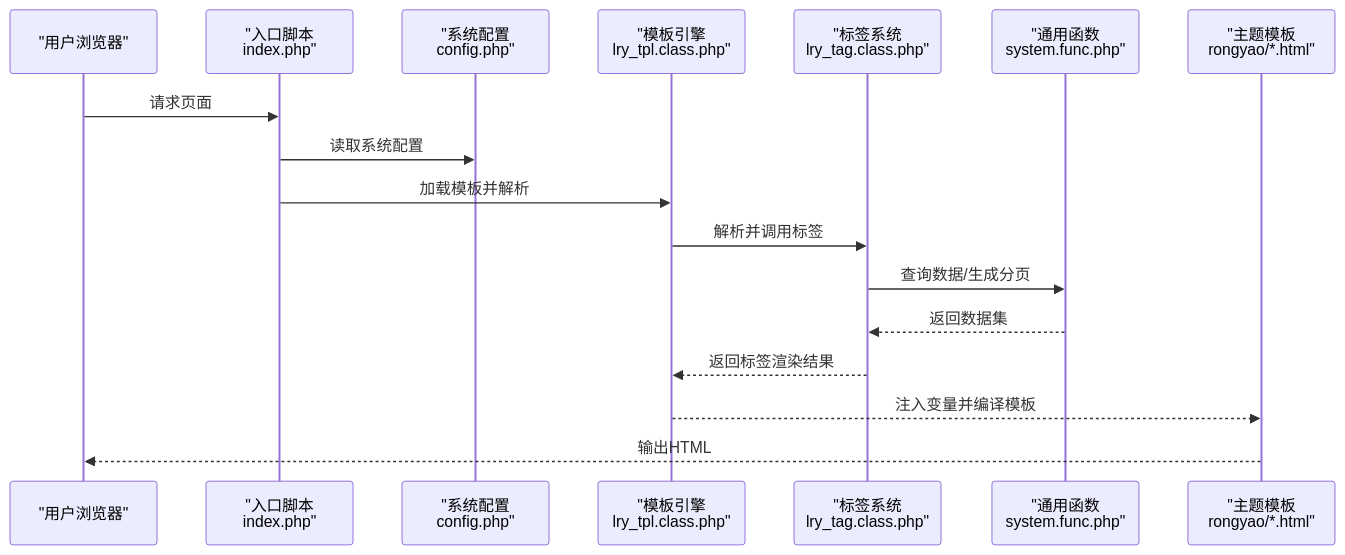
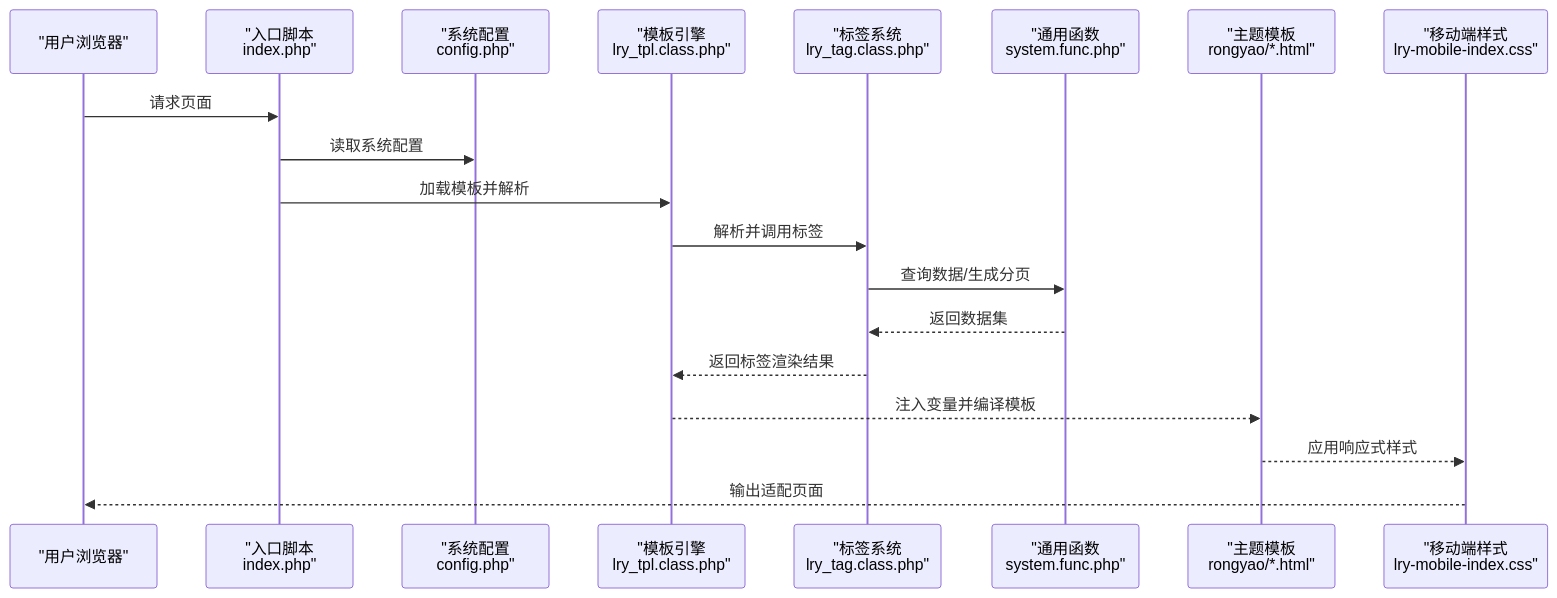
Before and after one commit to lirongyaoper/lryblog.com: the second of 7 diagrams in .qoder/repowiki/zh/content/系统架构/模块化设计/前台展示模块/前台模板系统.md, drawn with Mermaid. The commit also changed other lines of this file and 13 other files, not shown here.

````diff
--- a/.qoder/repowiki/zh/content/系统架构/模块化设计/前台展示模块/前台模板系统.md
+++ b/.qoder/repowiki/zh/content/系统架构/模块化设计/前台展示模块/前台模板系统.md
@@ -99,19 +115,21 @@
 ```mermaid
 sequenceDiagram
 participant U as "用户浏览器"
 participant IDX as "入口脚本<br/>index.php"
 participant CFG as "系统配置<br/>config.php"
 participant TPL as "模板引擎<br/>lry_tpl.class.php"
 participant TAG as "标签系统<br/>lry_tag.class.php"
 participant SYS as "通用函数<br/>system.func.php"
 participant THEME as "主题模板<br/>rongyao/*.html"
+participant MOBILE as "移动端样式<br/>lry-mobile-index.css"
 U->>IDX : 请求页面
 IDX->>CFG : 读取系统配置
 IDX->>TPL : 加载模板并解析
 TPL->>TAG : 解析并调用标签
 TAG->>SYS : 查询数据/生成分页
 SYS-->>TAG : 返回数据集
 TAG-->>TPL : 返回标签渲染结果
 TPL-->>THEME : 注入变量并编译模板
-THEME-->>U : 输出HTML
+THEME-->>MOBILE : 应用响应式样式
+MOBILE-->>U : 输出适配页面
 ```
````
